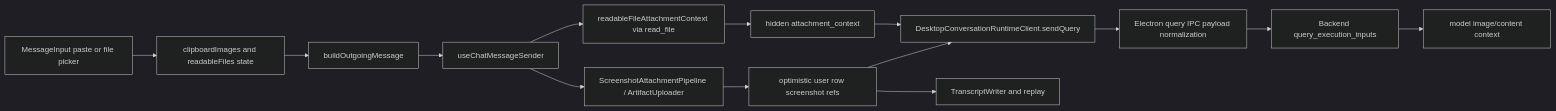
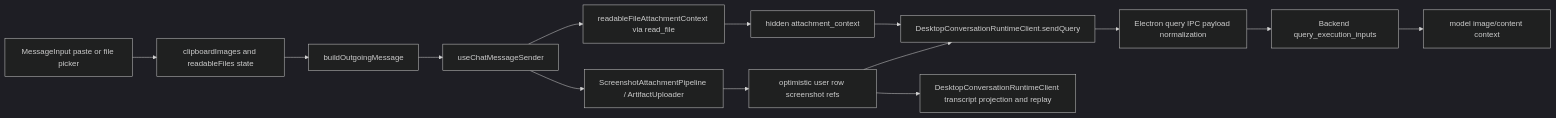
The diagram in docs/frontend/renderer/chat/chat_attachment_change_workflow.md (buiilding/My_Own_OpenClaw), drawn with Mermaid (dark theme) before and after one commit. The commit also changed 5 other files, not shown here.

First line of the commit message:
refactor(frontend-sdk): move user transcript write behind runtime facade

````diff
--- a/docs/frontend/renderer/chat/chat_attachment_change_workflow.md
+++ b/docs/frontend/renderer/chat/chat_attachment_change_workflow.md
@@ -18,16 +18,16 @@
 ```mermaid
 flowchart LR
     A["MessageInput paste or file picker"] --> B["clipboardImages and readableFiles state"]
     B --> C["buildOutgoingMessage"]
     C --> D["useChatMessageSender"]
     D --> E["ScreenshotAttachmentPipeline / ArtifactUploader"]
     D --> F["readableFileAttachmentContext via read_file"]
     E --> G["optimistic user row screenshot refs"]
     F --> H["hidden attachment_context"]
     G --> I["DesktopConversationRuntimeClient.sendQuery"]
     H --> I
     I --> J["Electron query IPC payload normalization"]
     J --> K["Backend query_execution_inputs"]
     K --> L["model image/content context"]
-    G --> M["TranscriptWriter and replay"]
+    G --> M["DesktopConversationRuntimeClient transcript projection and replay"]
 ```
````
